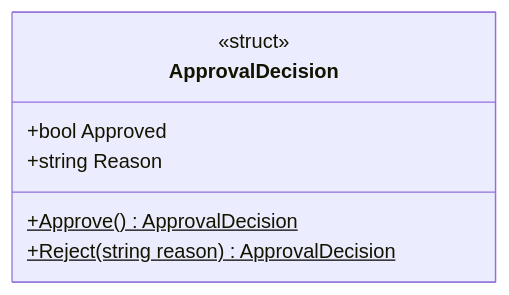
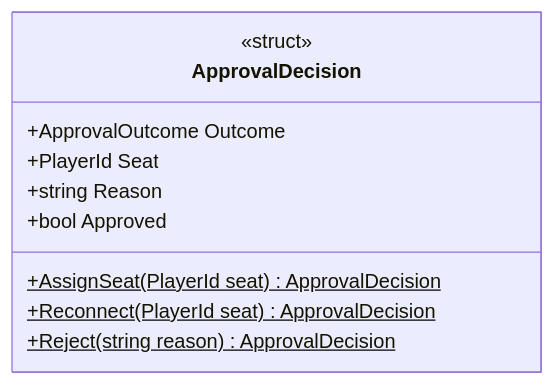
One commit to Chacashi/Alien-Farms changed the diagram in Docs/Arquitectura/Clases/Networking/ApprovalDecision.md. Above: the diagram before and after it, drawn with Mermaid. The commit also changed other lines of this file and 257 other files, not shown here.

````diff
--- a/Docs/Arquitectura/Clases/Networking/ApprovalDecision.md
+++ b/Docs/Arquitectura/Clases/Networking/ApprovalDecision.md
@@ -15,12 +15,15 @@
 ```mermaid
 classDiagram
   direction LR
   class ApprovalDecision {
     <<struct>>
+    +ApprovalOutcome Outcome
+    +PlayerId Seat
+    +string Reason
     +bool Approved
-    +string Reason
-    +Approve()$ ApprovalDecision
+    +AssignSeat(PlayerId seat)$ ApprovalDecision
+    +Reconnect(PlayerId seat)$ ApprovalDecision
     +Reject(string reason)$ ApprovalDecision
   }
   classDef external fill:#eee,stroke:#999,stroke-dasharray: 4 3,color:#555
 ```
````
